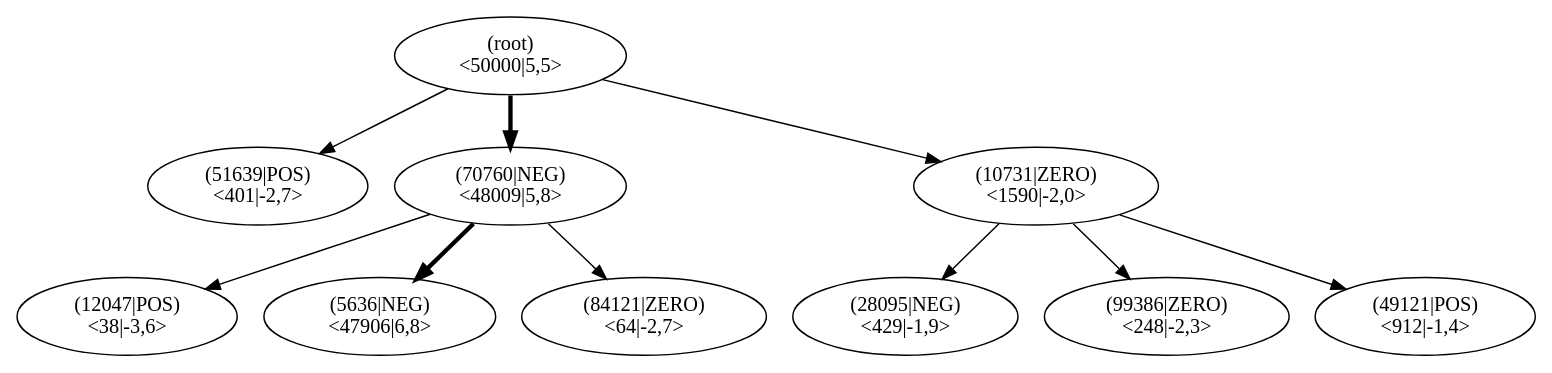
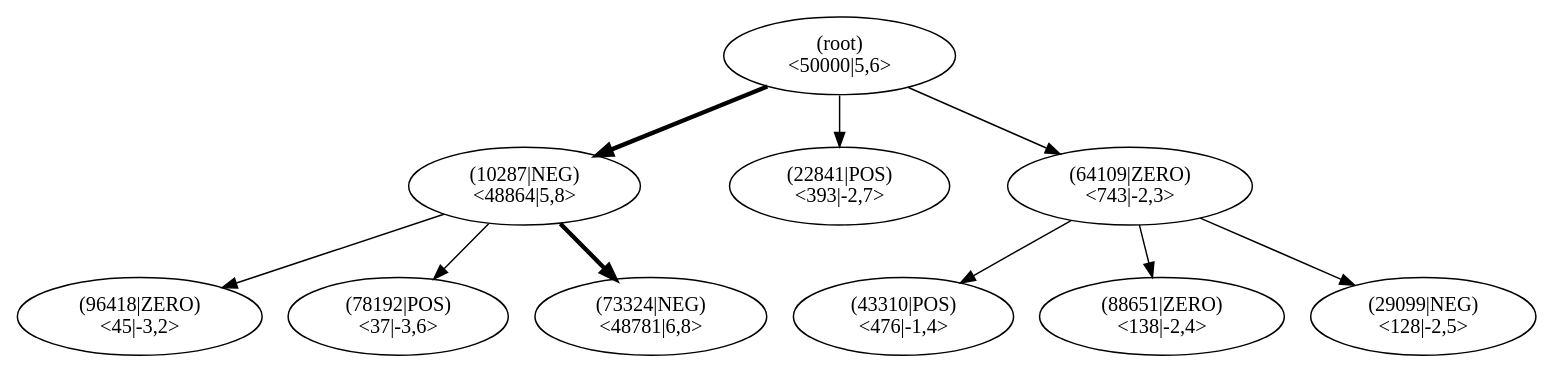
The diagram in pictures/ch13/lane_test_mcts.dot (JonasHellgren/relexp-java), drawn with Graphviz before and after one commit. The commit also changed 11 other files, not shown here.

```diff
--- a/pictures/ch13/lane_test_mcts.dot
+++ b/pictures/ch13/lane_test_mcts.dot
@@ -1,32 +1,32 @@
 digraph MCTS {
 node [shape=ellipse];
 Nroot [label="(root)
-<50000|5,5>"];
-Nroot -> N51639[penwidth=1];
-N51639 [label="(51639|POS)
-<401|-2,7>"];
-Nroot -> N70760[penwidth=3];
-N70760 [label="(70760|NEG)
-<48009|5,8>"];
-N70760 -> N12047[penwidth=1];
-N12047 [label="(12047|POS)
-<38|-3,6>"];
-N70760 -> N5636[penwidth=3];
-N5636 [label="(5636|NEG)
-<47906|6,8>"];
-N70760 -> N84121[penwidth=1];
-N84121 [label="(84121|ZERO)
-<64|-2,7>"];
-Nroot -> N10731[penwidth=1];
-N10731 [label="(10731|ZERO)
-<1590|-2,0>"];
-N10731 -> N28095[penwidth=1];
-N28095 [label="(28095|NEG)
-<429|-1,9>"];
-N10731 -> N99386[penwidth=1];
-N99386 [label="(99386|ZERO)
-<248|-2,3>"];
-N10731 -> N49121[penwidth=1];
-N49121 [label="(49121|POS)
-<912|-1,4>"];
+<50000|5,6>"];
+Nroot -> N10287[penwidth=3];
+N10287 [label="(10287|NEG)
+<48864|5,8>"];
+N10287 -> N96418[penwidth=1];
+N96418 [label="(96418|ZERO)
+<45|-3,2>"];
+N10287 -> N78192[penwidth=1];
+N78192 [label="(78192|POS)
+<37|-3,6>"];
+N10287 -> N73324[penwidth=3];
+N73324 [label="(73324|NEG)
+<48781|6,8>"];
+Nroot -> N22841[penwidth=1];
+N22841 [label="(22841|POS)
+<393|-2,7>"];
+Nroot -> N64109[penwidth=1];
+N64109 [label="(64109|ZERO)
+<743|-2,3>"];
+N64109 -> N43310[penwidth=1];
+N43310 [label="(43310|POS)
+<476|-1,4>"];
+N64109 -> N88651[penwidth=1];
+N88651 [label="(88651|ZERO)
+<138|-2,4>"];
+N64109 -> N29099[penwidth=1];
+N29099 [label="(29099|NEG)
+<128|-2,5>"];
 }
```
